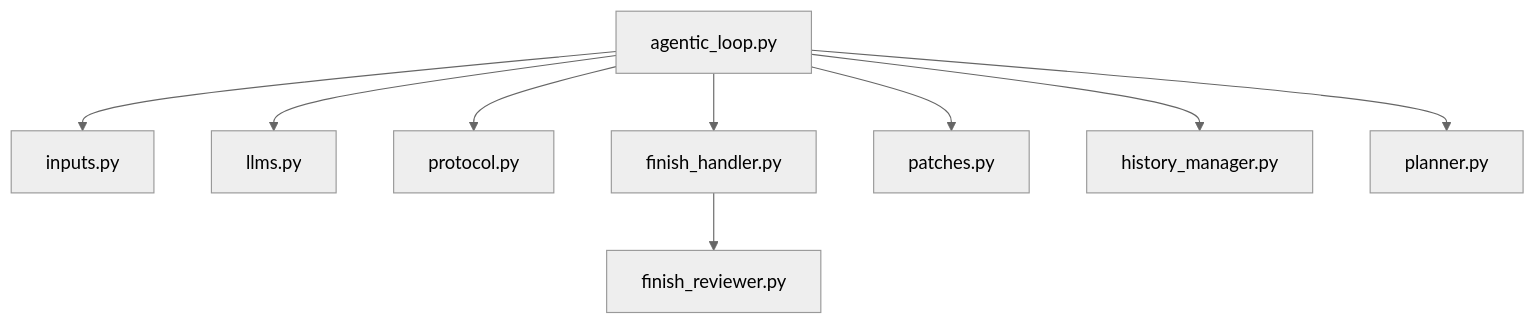
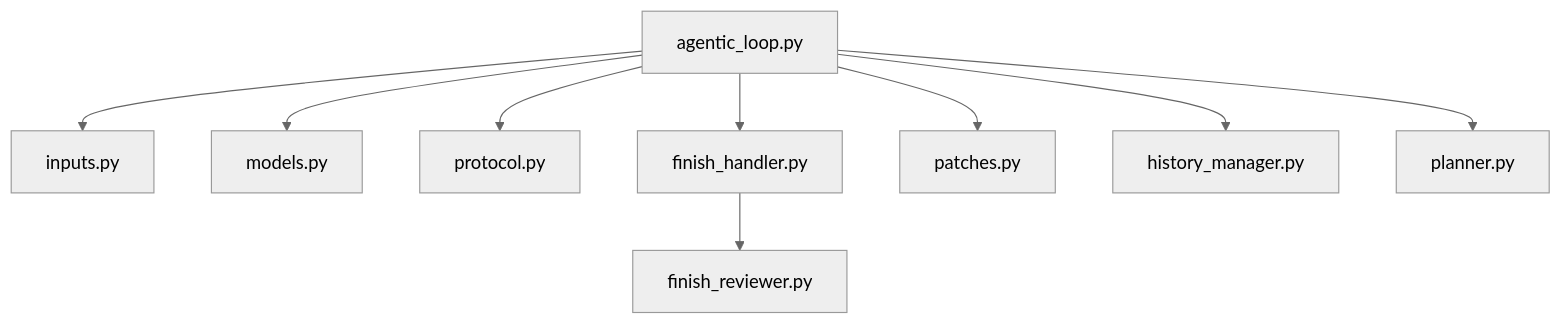
Before and after one commit to mtov/minixx: the fourth of 4 diagrams in README.md, drawn with Mermaid (neutral theme). The commit also changed other lines of this file and 10 other files, not shown here.

````diff
--- a/README.md
+++ b/README.md
@@ -167,21 +167,21 @@
 ```mermaid
 flowchart TD
     A["agentic_loop.py"]
     B["inputs.py"]
-    C["llms.py"]
+    C["models.py"]
     D["protocol.py"]
     E["finish_handler.py"]
     F["patches.py"]
     G["history_manager.py"]
     H["planner.py"]
     I["finish_reviewer.py"]
 
     A --> B
     A --> C
     A --> D
     A --> E
     A --> F
     A --> G
     A --> H
     E --> I
 ```
````
